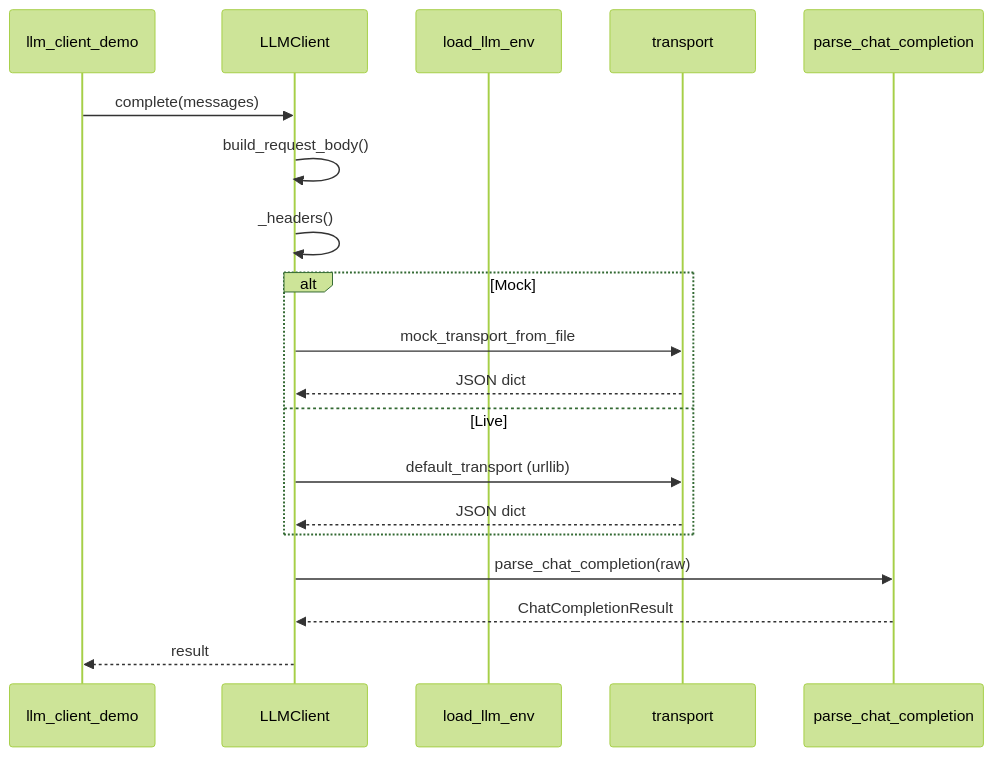
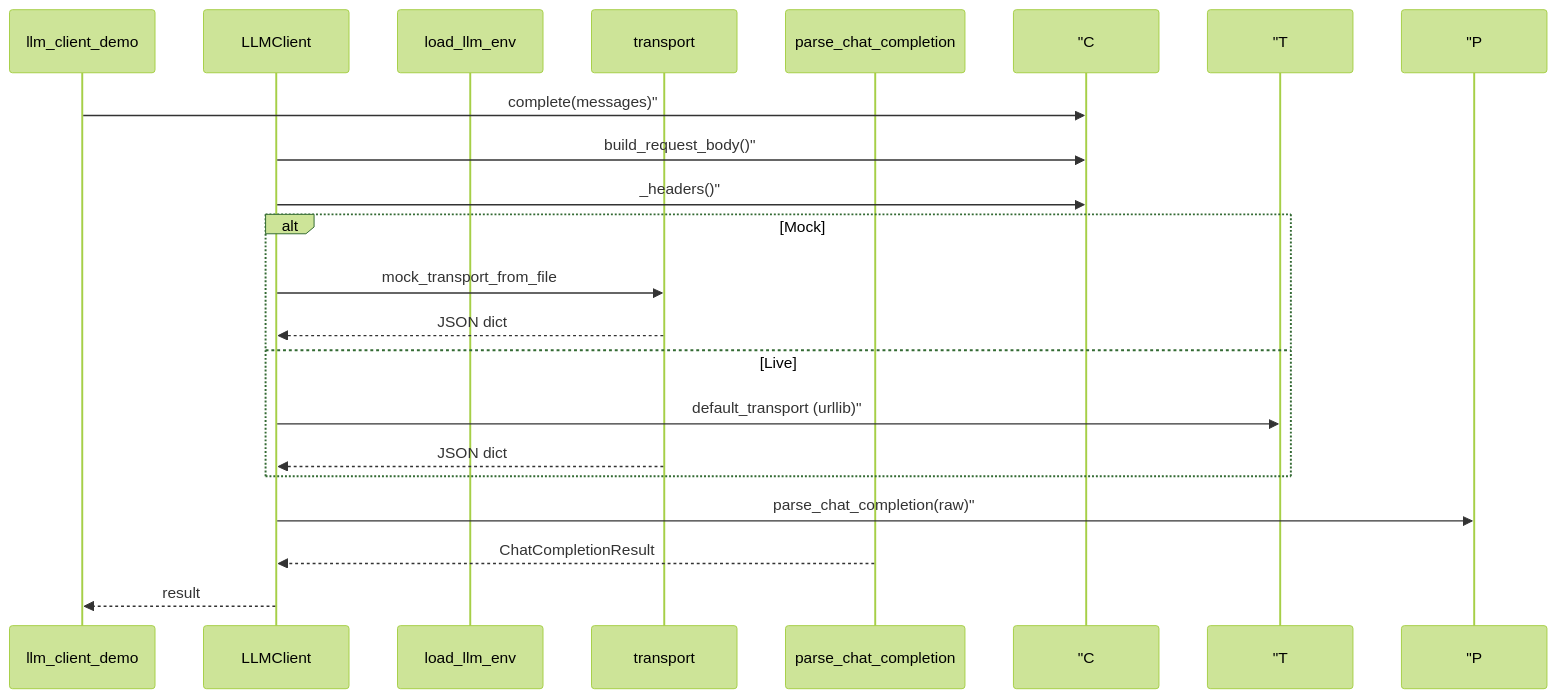
One commit to ab6539763/70_days_course_plus changed the second of 2 diagrams in course/day12/03_架构设计.md. Above: the diagram before and after it, drawn with Mermaid (forest theme). The commit also changed other lines of this file and 134 other files, not shown here.

````diff
--- a/course/day12/03_架构设计.md
+++ b/course/day12/03_架构设计.md
@@ -44,22 +44,22 @@
 ```mermaid
 sequenceDiagram
     participant App as llm_client_demo
     participant C as LLMClient
     participant E as load_llm_env
     participant T as transport
     participant P as parse_chat_completion
 
-    App->>C: complete(messages)
-    C->>C: build_request_body()
-    C->>C: _headers()
+    App->> "C: complete(messages)"
+    C->> "C: build_request_body()"
+    C->> "C: _headers()"
     alt Mock
         C->>T: mock_transport_from_file
         T-->>C: JSON dict
     else Live
-        C->>T: default_transport (urllib)
+        C->> "T: default_transport (urllib)"
         T-->>C: JSON dict
     end
-    C->>P: parse_chat_completion(raw)
+    C->> "P: parse_chat_completion(raw)"
     P-->>C: ChatCompletionResult
     C-->>App: result
 ```
````
